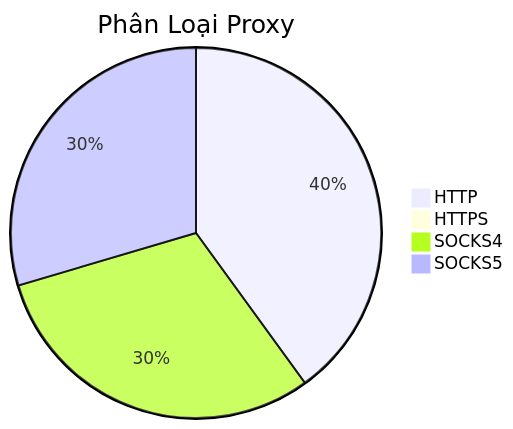
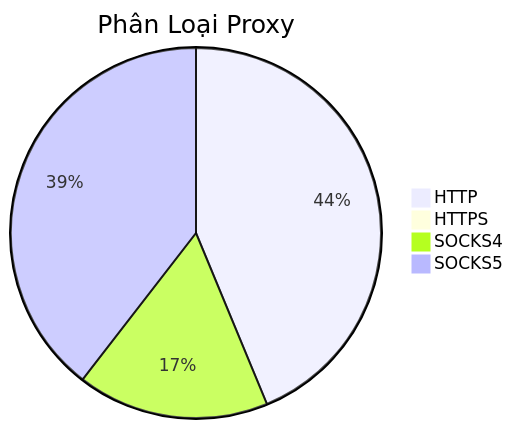
The diagram in README.md (Ciara-12/PROXY-free), drawn with Mermaid before and after one commit. The commit also changed other lines of this file and 4 other files, not shown here.

````diff
--- a/README.md
+++ b/README.md
@@ -26,7 +26,7 @@
 ```mermaid
 pie title Phân Loại Proxy
-    "HTTP" : 606
+    "HTTP" : 755
     "HTTPS" : 1
-    "SOCKS4" : 461
-    "SOCKS5" : 448
+    "SOCKS4" : 289
+    "SOCKS5" : 682
 ```
````
